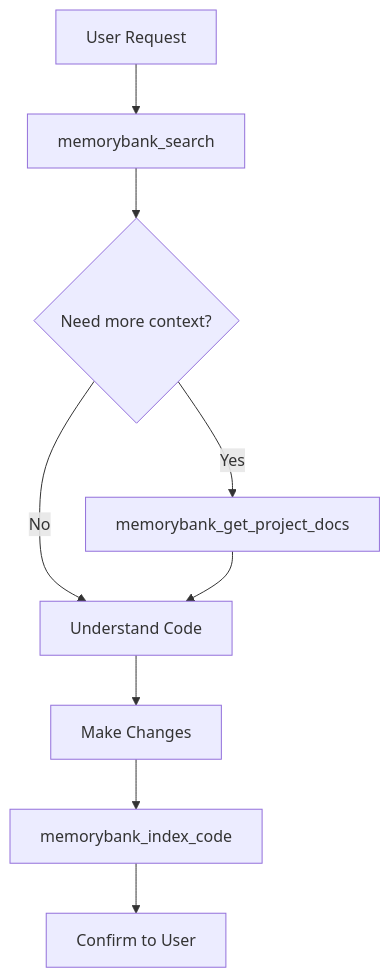
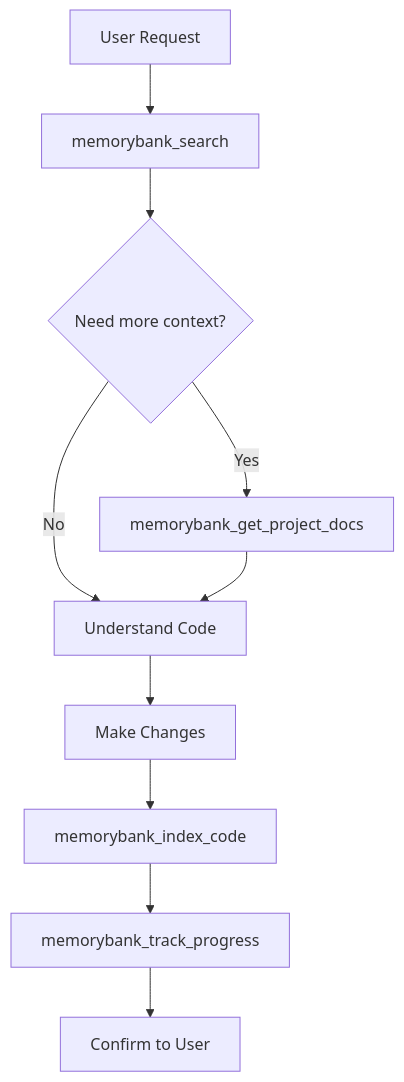
Before and after one commit to gcorroto/memory-bank-mcp: the diagram in templates/AGENTS.auto-index.md, drawn with Mermaid. The commit also changed other lines of this file and 13 other files, not shown here.

````diff
--- a/templates/AGENTS.auto-index.md
+++ b/templates/AGENTS.auto-index.md
@@ -48,11 +143,12 @@
 ```mermaid
 flowchart TD
     A[User Request] --> B[memorybank_search]
     B --> C{Need more context?}
     C -->|Yes| D[memorybank_get_project_docs]
     C -->|No| E[Understand Code]
     D --> E
     E --> F[Make Changes]
     F --> G[memorybank_index_code]
-    G --> H[Confirm to User]
+    G --> H[memorybank_track_progress]
+    H --> I[Confirm to User]
 ```
````
